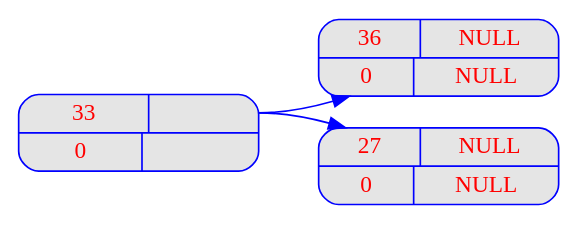
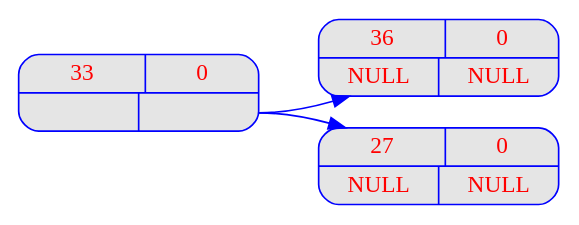
Before and after one commit to BrunoZimmer/CentraleLille-FilRouge-2021: the diagram in Exerc1/Output/Image2.dot, drawn with Graphviz. The commit also changed 10 other files, not shown here.

```diff
--- a/Exerc1/Output/Image2.dot
+++ b/Exerc1/Output/Image2.dot
@@ -1,29 +1,28 @@
 digraph liste { 
 graph [ 
 	rankdir = "LR" 
 ] 
 
 node [ 
 	fontname = "Arial bold"
 	fontsize = "14" 
 	fontcolor = "red" 
 	style = "rounded, filled" 
 	shape = "record" 
 	fillcolor = "grey90" 
 	color = "blue" 
 	width = "2" 
 ] 
 
 edge [ 
 	color = "blue" 
 ] 
 
 
-"ID_0003" [label = "{<elt> 36  | <next> NULL}|{<facteur> 0 | <next> NULL}"];
-"ID_0002" [label = "{<elt> 27  | <next> NULL}|{<facteur> 0 | <next> NULL}"];
-"ID_0001" [label = "{<elt> 33  | <next> }|{<facteur> 0 | <next>}"];
+"ID_0003" [label = "{<elt> 36  | <> 0 } |{<nextL> NULL | <next> NULL}"];
+"ID_0002" [label = "{<elt> 27  | <> 0 } |{<nextL> NULL | <next> NULL}"];
+"ID_0001" [label = "{<elt> 33  | <> 0 } |{<nextL>  | <next> }"];
 "ID_0001" : next -> "ID_0002";
 "ID_0001" : next -> "ID_0003";
 
-
 }
```
